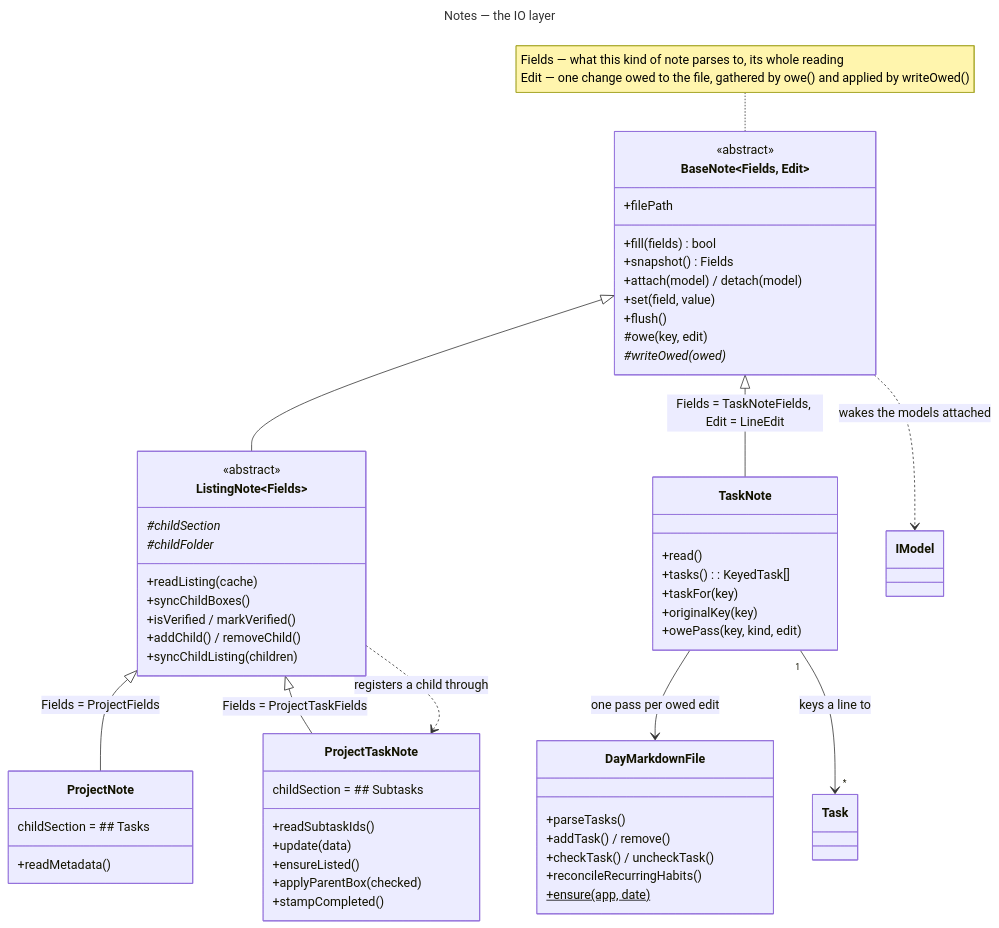
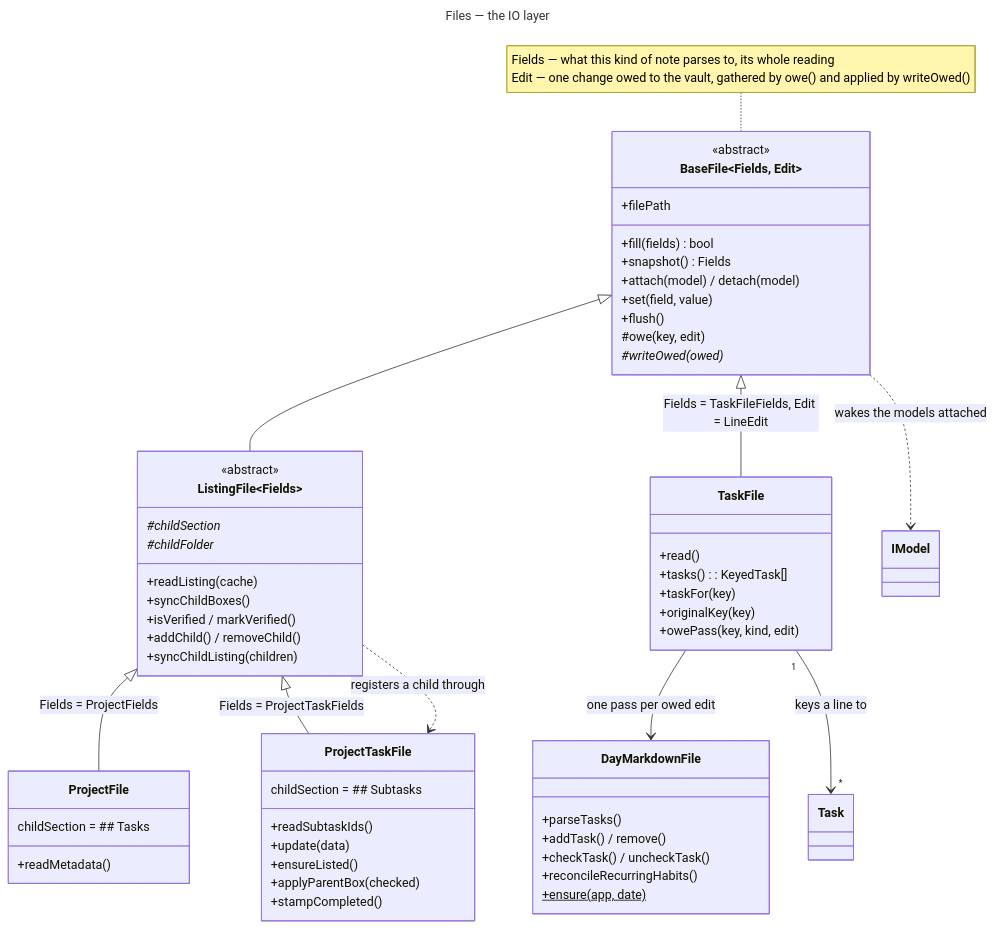
The fourth of 9 diagrams in docs/technical/data-model.md (Laurent-Ferier/pm-compass), drawn with Mermaid before and after one commit. The commit also changed other lines of this file and 85 other files, not shown here.

````diff
--- a/docs/technical/data-model.md
+++ b/docs/technical/data-model.md
@@ -323,72 +335,72 @@
 ```mermaid
 ---
-title: Notes — the IO layer
+title: Files — the IO layer
 ---
 classDiagram
   direction TB
 
-  class BaseNote~Fields, Edit~ {
+  class BaseFile~Fields, Edit~ {
     <<abstract>>
     +filePath
     +fill(fields) bool
     +snapshot() Fields
     +attach(model) / detach(model)
     +set(field, value)
     +flush()
     #owe(key, edit)
     #writeOwed(owed)*
   }
 
-  class ListingNote~Fields~ {
+  class ListingFile~Fields~ {
     <<abstract>>
     +readListing(cache)
     +syncChildBoxes()
     +isVerified / markVerified()
     +addChild() / removeChild()
     +syncChildListing(children)
     #childSection*
     #childFolder*
   }
 
-  class ProjectNote {
+  class ProjectFile {
     +readMetadata()
     childSection = ## Tasks
   }
 
-  class ProjectTaskNote {
+  class ProjectTaskFile {
     +readSubtaskIds()
     +update(data)
     +ensureListed()
     +applyParentBox(checked)
     +stampCompleted()
     childSection = ## Subtasks
   }
 
-  class TaskNote {
+  class TaskFile {
     +read()
     +tasks(): KeyedTask[]
     +taskFor(key)
     +originalKey(key)
     +owePass(key, kind, edit)
   }
 
   class DayMarkdownFile {
     +parseTasks()
     +addTask() / remove()
     +checkTask() / uncheckTask()
     +reconcileRecurringHabits()
     +ensure(app, date)$
   }
 
-  note for BaseNote "Fields — what this kind of note parses to, its whole reading<br/>Edit — one change owed to the file, gathered by owe() and applied by writeOwed()"
+  note for BaseFile "Fields — what this kind of note parses to, its whole reading<br/>Edit — one change owed to the vault, gathered by owe() and applied by writeOwed()"
 
-  BaseNote <|-- ListingNote
-  BaseNote <|-- TaskNote : Fields = TaskNoteFields, Edit = LineEdit
-  ListingNote <|-- ProjectNote : Fields = ProjectFields
-  ListingNote <|-- ProjectTaskNote : Fields = ProjectTaskFields
+  BaseFile <|-- ListingFile
+  BaseFile <|-- TaskFile : Fields = TaskFileFields, Edit = LineEdit
+  ListingFile <|-- ProjectFile : Fields = ProjectFields
+  ListingFile <|-- ProjectTaskFile : Fields = ProjectTaskFields
 
-  BaseNote ..> IModel : wakes the models attached
-  ListingNote ..> ProjectTaskNote : registers a child through
-  TaskNote --> DayMarkdownFile : one pass per owed edit
-  TaskNote "1" --> "*" Task : keys a line to
+  BaseFile ..> IModel : wakes the models attached
+  ListingFile ..> ProjectTaskFile : registers a child through
+  TaskFile --> DayMarkdownFile : one pass per owed edit
+  TaskFile "1" --> "*" Task : keys a line to
 ```
````
